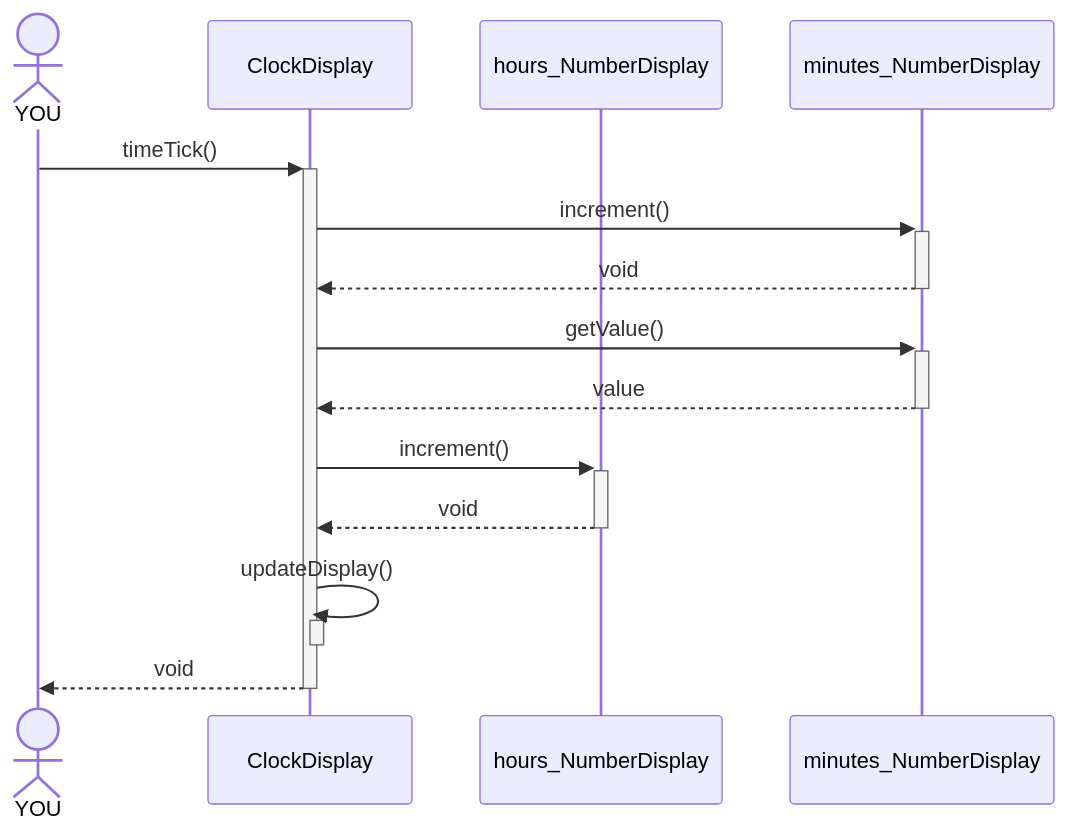
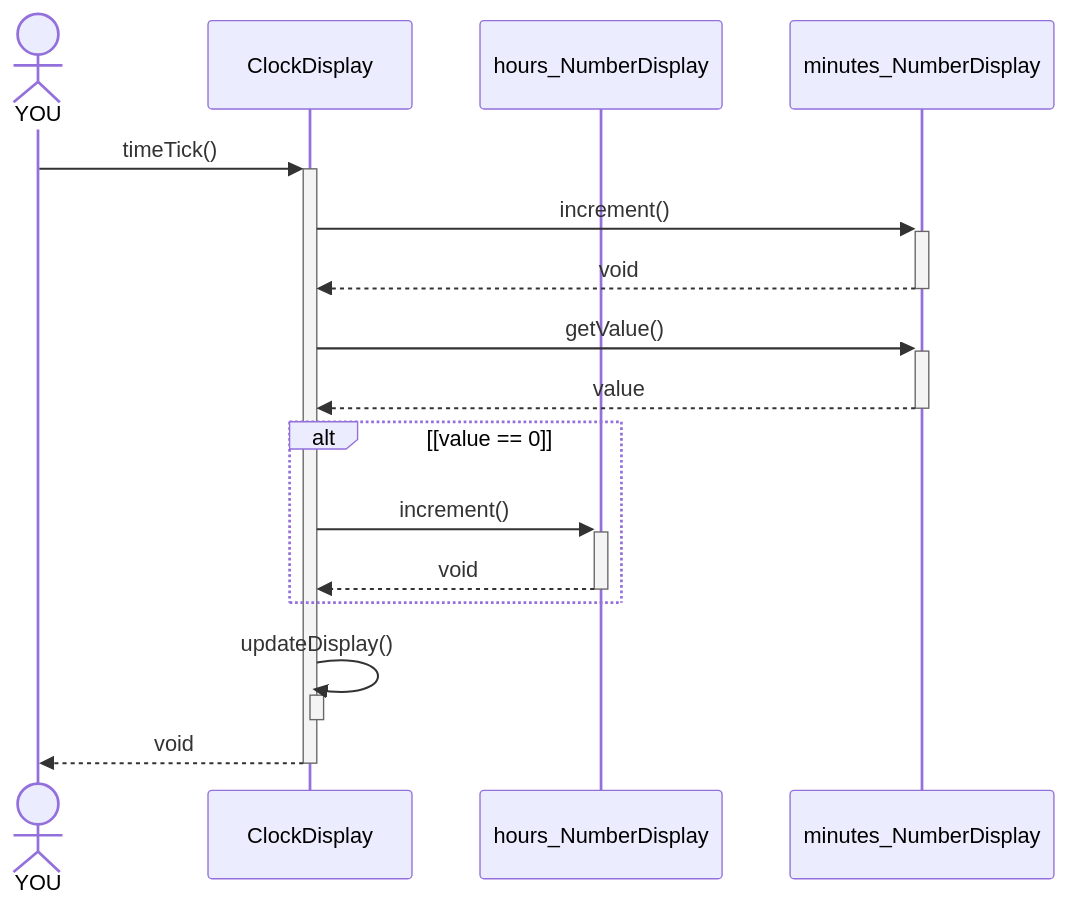
The fourth of 4 diagrams in hugo/content/material/info1/clock_display_refactoring/index.md (bkleinen/bkleinen.github.io), drawn with Mermaid before and after one commit. The commit also changed other lines of this file, not shown here.

````diff
--- a/hugo/content/material/info1/clock_display_refactoring/index.md
+++ b/hugo/content/material/info1/clock_display_refactoring/index.md
@@ -87,24 +87,27 @@
 ```mermaid
 
 sequenceDiagram
     actor YOU
     participant ClockDisplay
     participant hours_NumberDisplay
     participant minutes_NumberDisplay
 
     YOU->>+ClockDisplay: timeTick()
     ClockDisplay->>+minutes_NumberDisplay:increment()
     minutes_NumberDisplay-->>-ClockDisplay:void
 
     ClockDisplay->>+minutes_NumberDisplay:getValue()
     minutes_NumberDisplay-->>-ClockDisplay:value
 
+    alt [value == 0]
+
     ClockDisplay->>+hours_NumberDisplay:increment()
     hours_NumberDisplay-->>-ClockDisplay:void
-    
+    end
+
     ClockDisplay->>+ClockDisplay:updateDisplay()
     deactivate ClockDisplay
 
     ClockDisplay-->>-YOU:void
 
 ```
````
